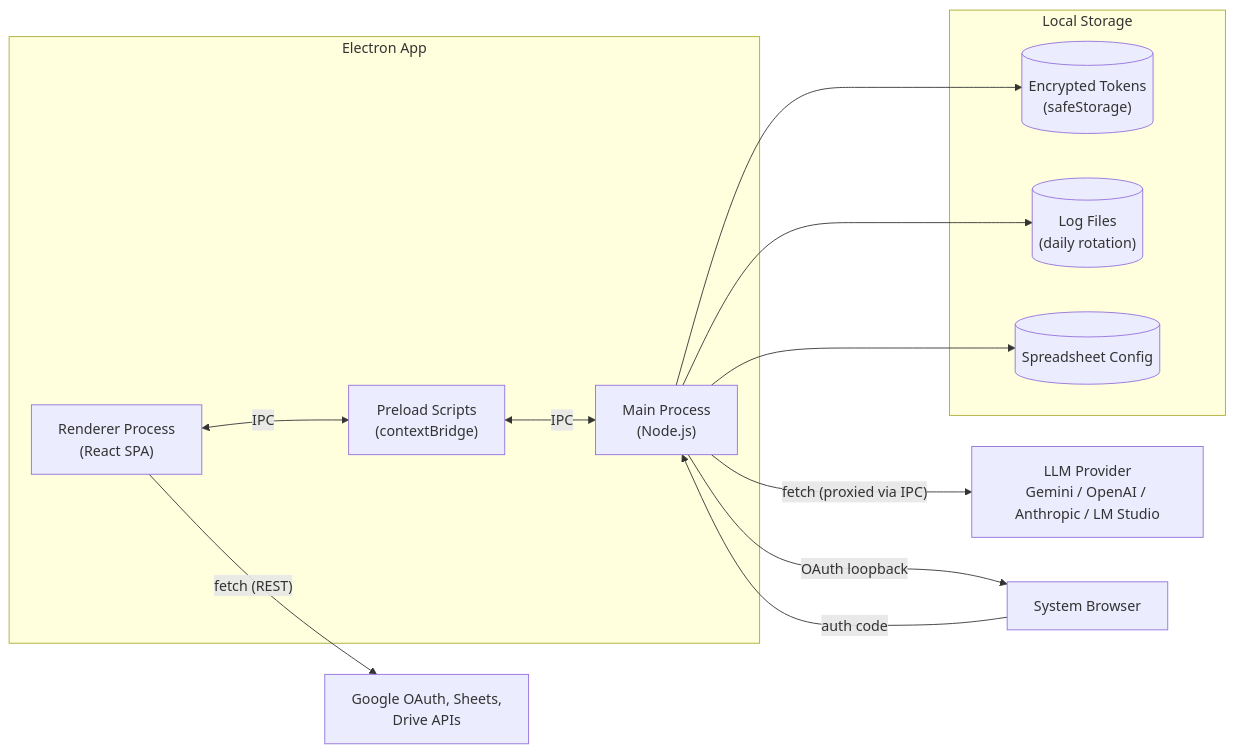
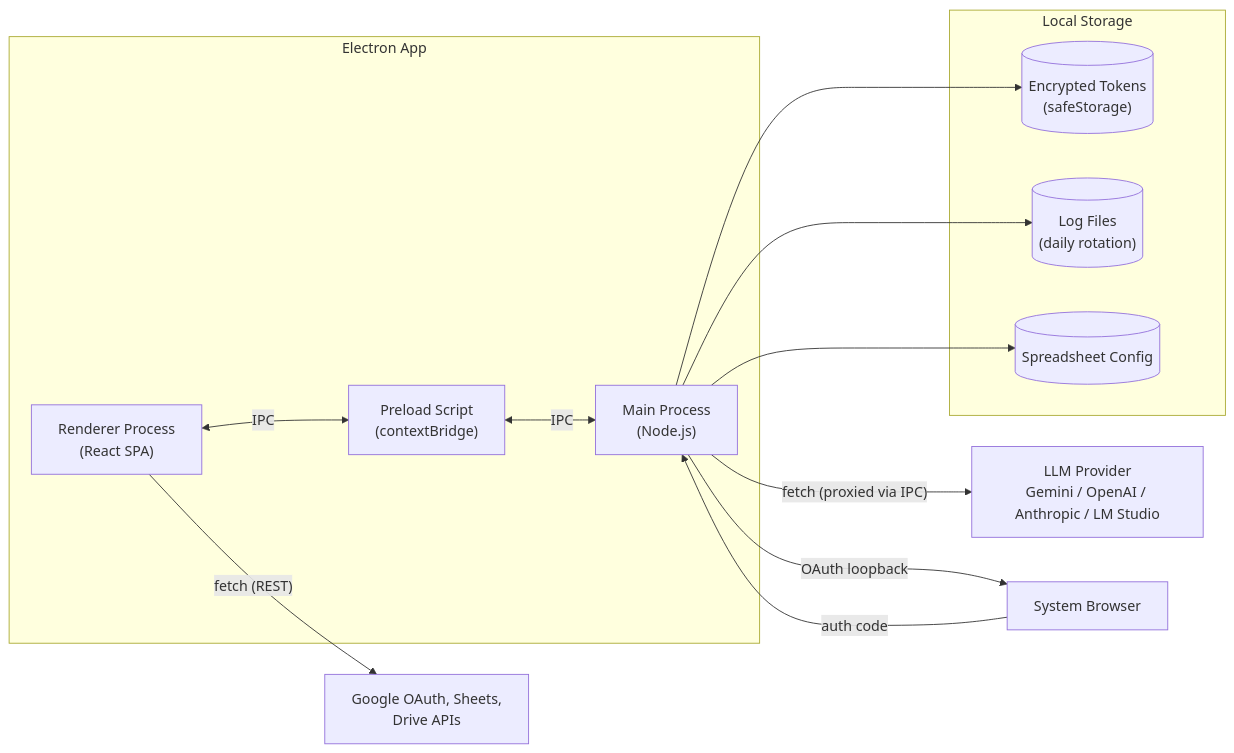
The diagram in README.md (runyanjake/applications), drawn with Mermaid before and after one commit. The commit also changed other lines of this file and 64 other files, not shown here.

````diff
--- a/README.md
+++ b/README.md
@@ -12,24 +12,24 @@
 ```mermaid
 flowchart LR
   subgraph electron["Electron App"]
     main["Main Process<br/>(Node.js)"]
     renderer["Renderer Process<br/>(React SPA)"]
-    preload["Preload Scripts<br/>(contextBridge)"]
+    preload["Preload Script<br/>(contextBridge)"]
   end
   subgraph local["Local Storage"]
     tokens[("Encrypted Tokens<br/>(safeStorage)")]
     logs[("Log Files<br/>(daily rotation)")]
     config[("Spreadsheet Config")]
   end
   google["Google OAuth, Sheets,<br/>Drive APIs"]
   llm["LLM Provider<br/>Gemini / OpenAI / Anthropic / LM Studio"]
   browser["System Browser"]
 
   renderer <-->|IPC| preload <-->|IPC| main
   main --> tokens
   main --> logs
   main --> config
   main -->|OAuth loopback| browser -->|auth code| main
   renderer -->|"fetch (REST)"| google
   main -->|"fetch (proxied via IPC)"| llm
 ```
````
